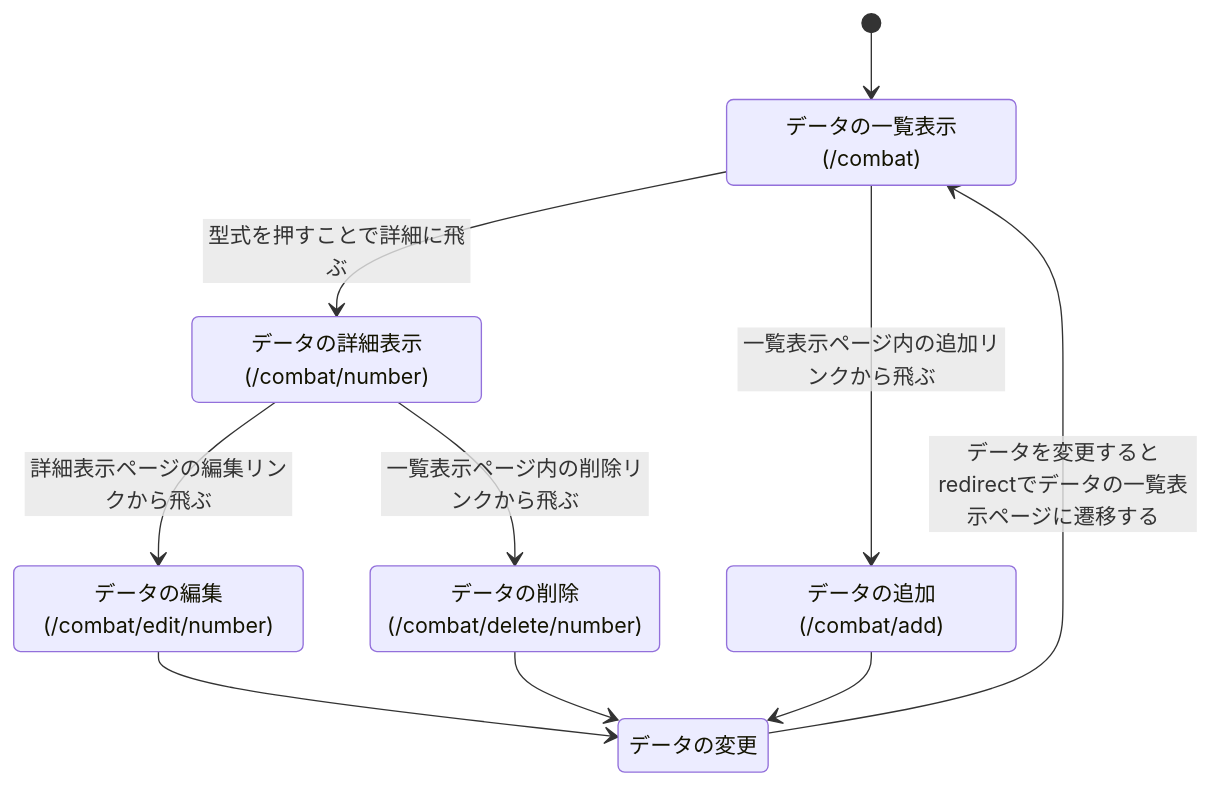
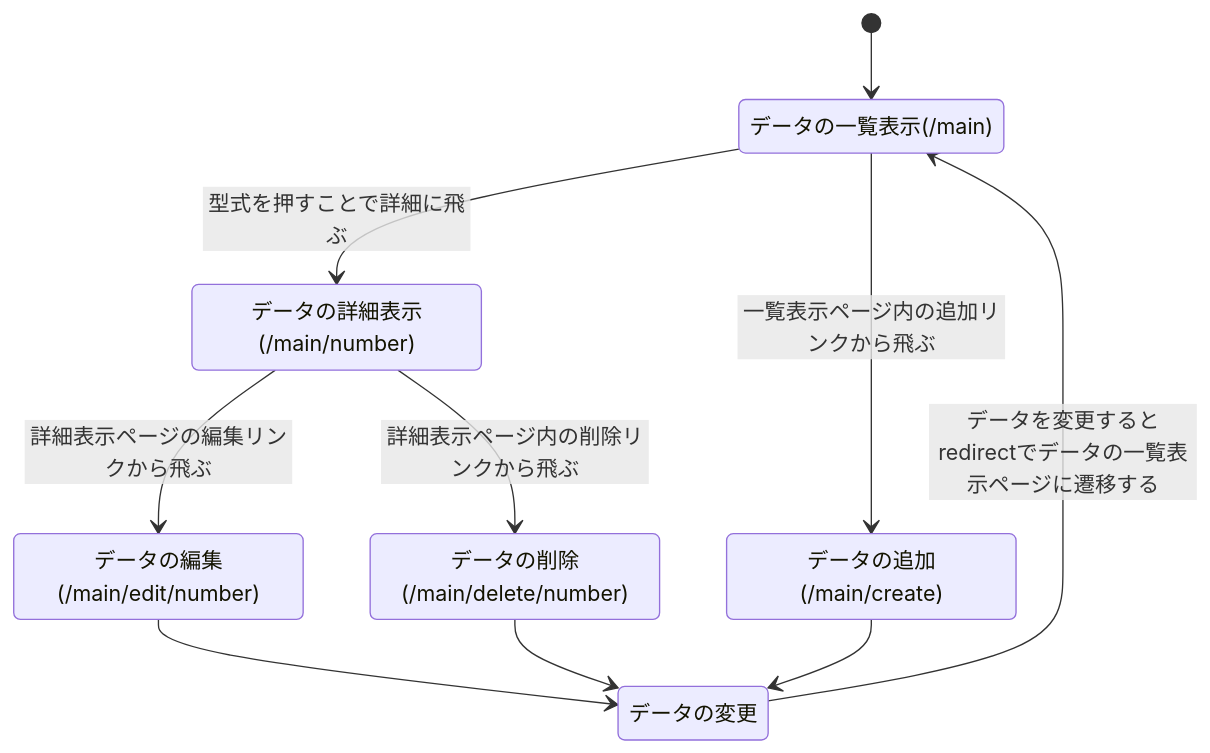
Before and after one commit to iitsukaren/webpro_06: the diagram in spec.md, drawn with Mermaid. The commit also changed 57 other files, not shown here.

````diff
--- a/spec.md
+++ b/spec.md
@@ -27,12 +27,12 @@
 ```mermaid
 stateDiagram-v2
-    [*] --> データの一覧表示(/combat)
-    データの一覧表示(/combat) --> データの詳細表示(/combat/number): 型式を押すことで詳細に飛ぶ
-    データの詳細表示(/combat/number) --> データの編集(/combat/edit/number): 詳細表示ページの編集リンクから飛ぶ
-    データの詳細表示(/combat/number) --> データの削除(/combat/delete/number): 一覧表示ページ内の削除リンクから飛ぶ
-    データの一覧表示(/combat) --> データの追加(/combat/add): 一覧表示ページ内の追加リンクから飛ぶ
-    データの編集(/combat/edit/number) --> データの変更
-    データの削除(/combat/delete/number) --> データの変更
-    データの追加(/combat/add) --> データの変更
-    データの変更 --> データの一覧表示(/combat): データを変更するとredirectでデータの一覧表示ページに遷移する
+    [*] --> データの一覧表示(/main)
+    データの一覧表示(/main) --> データの詳細表示(/main/number): 型式を押すことで詳細に飛ぶ
+    データの詳細表示(/main/number) --> データの編集(/main/edit/number): 詳細表示ページの編集リンクから飛ぶ
+    データの詳細表示(/main/number) --> データの削除(/main/delete/number): 詳細表示ページ内の削除リンクから飛ぶ
+    データの一覧表示(/main) --> データの追加(/main/create): 一覧表示ページ内の追加リンクから飛ぶ
+    データの編集(/main/edit/number) --> データの変更
+    データの削除(/main/delete/number) --> データの変更
+    データの追加(/main/create) --> データの変更
+    データの変更 --> データの一覧表示(/main): データを変更するとredirectでデータの一覧表示ページに遷移する
 ```
````
